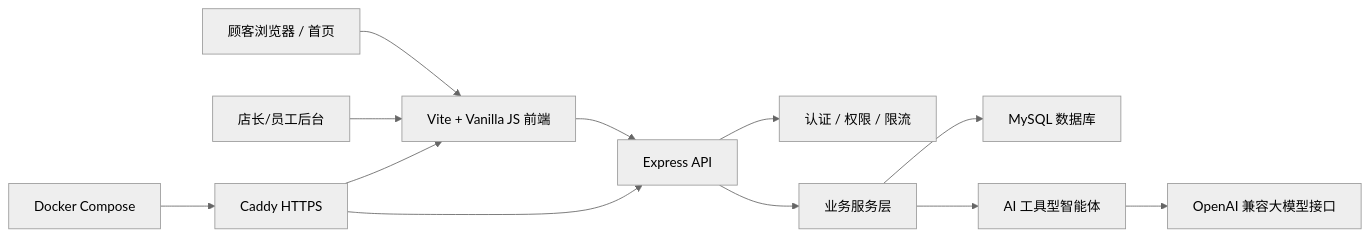
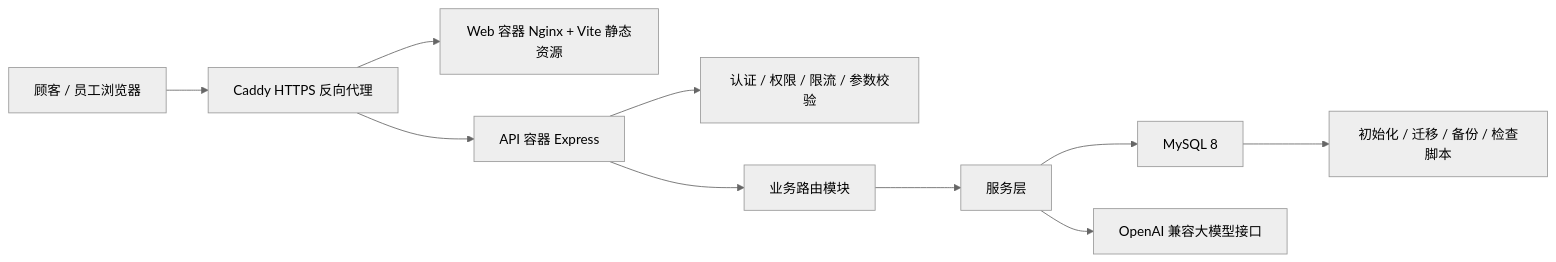
The diagram in docs/产品功能说明书.md (litswcbyy9-cell/boardgame-system), drawn with Mermaid (neutral theme) before and after one commit. The commit also changed other lines of this file and 4 other files, not shown here.

````diff
--- a/docs/产品功能说明书.md
+++ b/docs/产品功能说明书.md
@@ -11,14 +32,12 @@
 ```mermaid
 flowchart LR
-  Customer["顾客浏览器 / 首页"] --> Web["Vite + Vanilla JS 前端"]
-  Staff["店长/员工后台"] --> Web
-  Web --> API["Express API"]
-  API --> Auth["认证 / 权限 / 限流"]
-  API --> Services["业务服务层"]
-  Services --> MySQL["MySQL 数据库"]
-  Services --> AI["AI 工具型智能体"]
-  AI --> LLM["OpenAI 兼容大模型接口"]
-  Deploy["Docker Compose"] --> Caddy["Caddy HTTPS"]
-  Caddy --> Web
-  Caddy --> API
+  Browser["顾客 / 员工浏览器"] --> Caddy["Caddy HTTPS 反向代理"]
+  Caddy --> Web["Web 容器 Nginx + Vite 静态资源"]
+  Caddy --> API["API 容器 Express"]
+  API --> Auth["认证 / 权限 / 限流 / 参数校验"]
+  API --> Routes["业务路由模块"]
+  Routes --> Services["服务层"]
+  Services --> MySQL["MySQL 8"]
+  Services --> LLM["OpenAI 兼容大模型接口"]
+  MySQL --> Migration["初始化 / 迁移 / 备份 / 检查脚本"]
 ```
````
